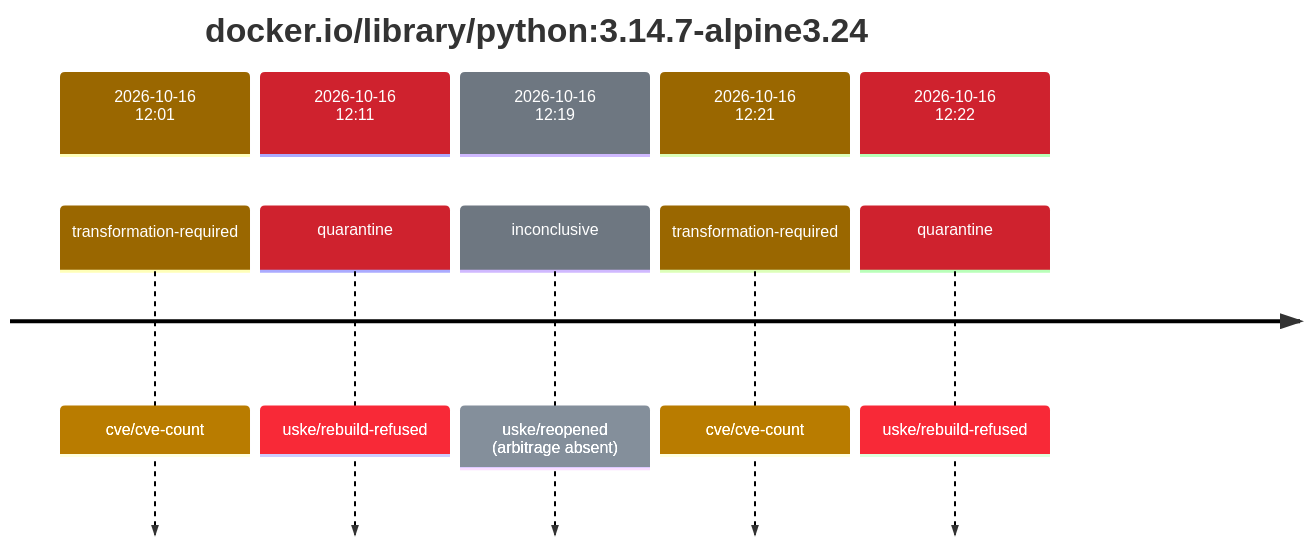
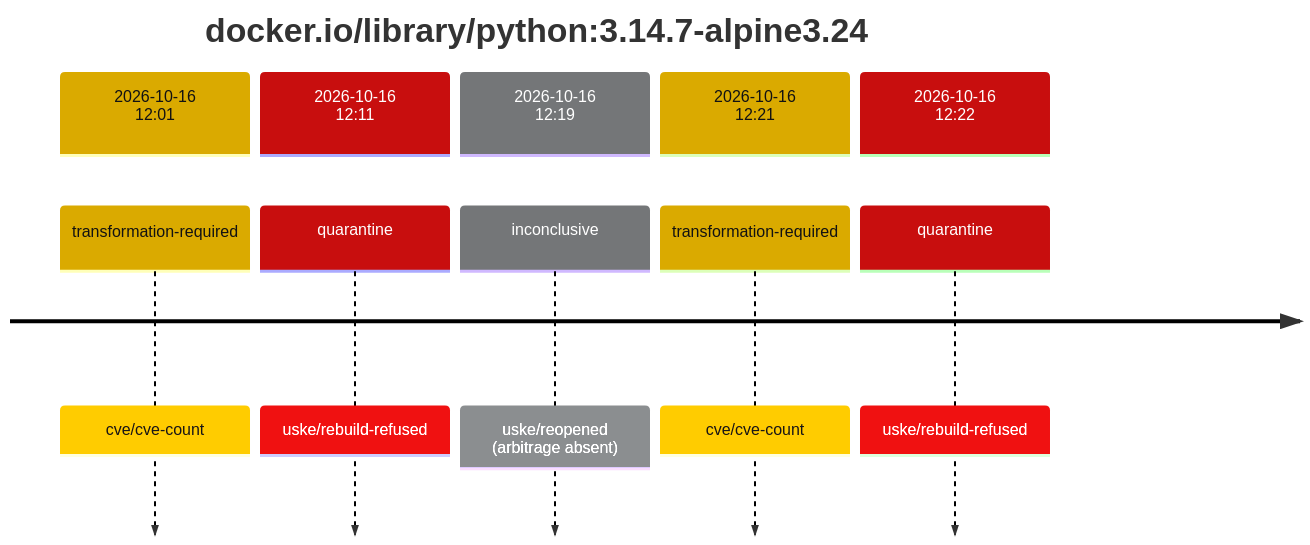
The first of 2 diagrams in results/reports/base-python-3/sha256:0369d89939dd95aa7dc13906d4dc13e389c200b2ebbe28e064a40850306defb9.md (trivoallan/base-images), drawn with Mermaid before and after one commit. The commit also changed other lines of this file and 12 other files, not shown here.

````diff
--- a/results/reports/base-python-3/sha256:0369d89939dd95aa7dc13906d4dc13e389c200b2ebbe28e064a40850306defb9.md
+++ b/results/reports/base-python-3/sha256:0369d89939dd95aa7dc13906d4dc13e389c200b2ebbe28e064a40850306defb9.md
@@ -5,15 +5,15 @@
 ```mermaid
-%%{init: {"theme": "default", "themeVariables": {"cScale0": "#9a6700", "cScaleLabel0": "#ffffff", "cScale1": "#cf222e", "cScaleLabel1": "#ffffff", "cScale2": "#6e7781", "cScaleLabel2": "#ffffff", "cScale3": "#9a6700", "cScaleLabel3": "#ffffff", "cScale4": "#cf222e", "cScaleLabel4": "#ffffff"}}}%%
+%%{init: {"theme": "default", "themeVariables": {"cScale0": "#daaa00", "cScaleLabel0": "#121212", "cScale1": "#c80e0e", "cScaleLabel1": "#ffffff", "cScale2": "#747678", "cScaleLabel2": "#ffffff", "cScale3": "#daaa00", "cScaleLabel3": "#121212", "cScale4": "#c80e0e", "cScaleLabel4": "#ffffff"}}}%%
 timeline
     title docker.io/library/python#58;3.14.7-alpine3.24
     section 2026-10-16 12#58;01
         transformation-required : cve/cve-count
     section 2026-10-16 12#58;11
         quarantine : uske/rebuild-refused
     section 2026-10-16 12#58;19
         inconclusive : uske/reopened (arbitrage absent)
     section 2026-10-16 12#58;21
         transformation-required : cve/cve-count
     section 2026-10-16 12#58;22
         quarantine : uske/rebuild-refused
 ```
````
